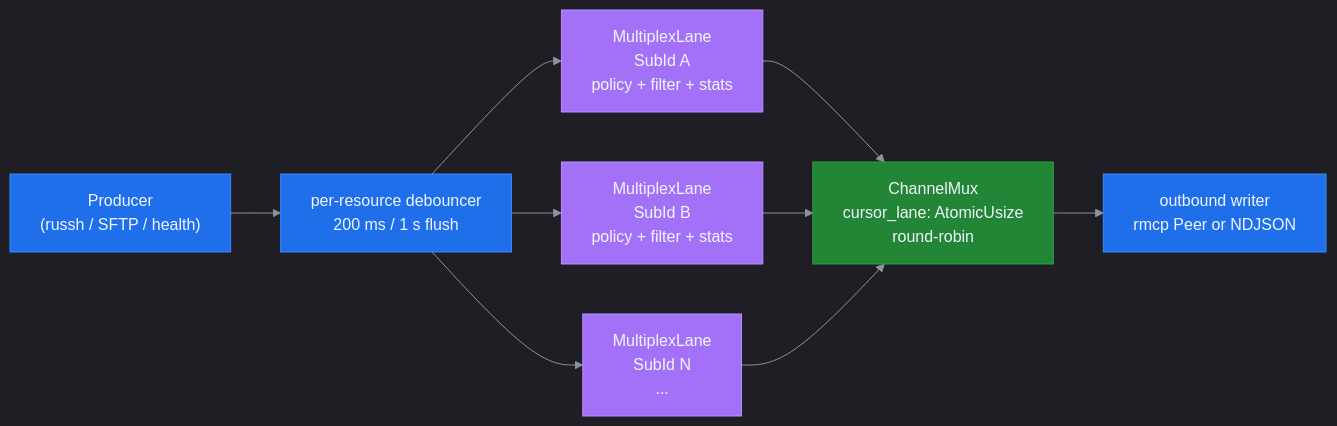
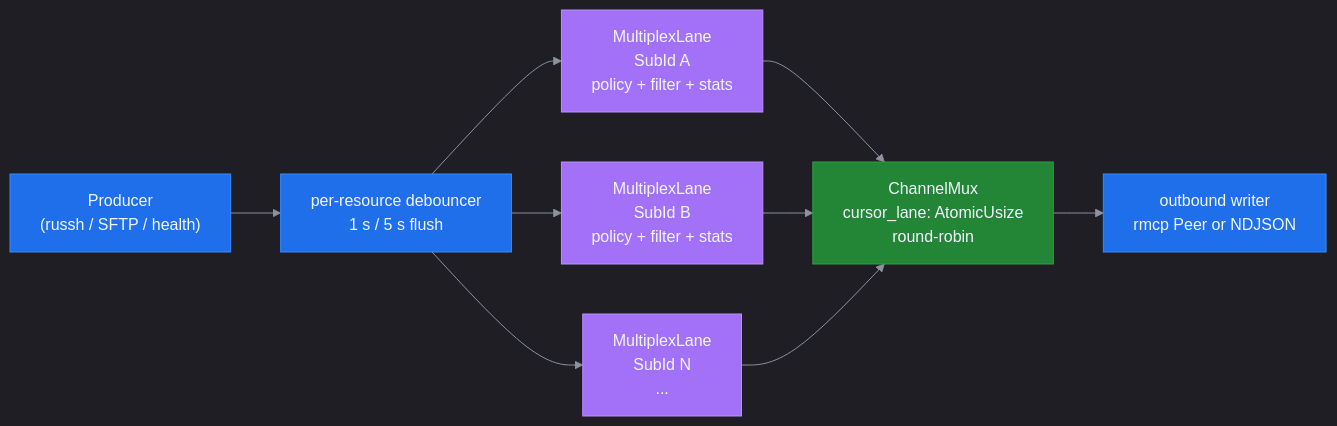
The third of 3 diagrams in CLAUDE.md (farchanjo/ssh-mcp), drawn with Mermaid before and after one commit. The commit also changed other lines of this file and 5 other files, not shown here.

````diff
--- a/CLAUDE.md
+++ b/CLAUDE.md
@@ -129,28 +129,28 @@
 ```mermaid
 %%{init: {'theme':'dark','themeVariables':{'primaryColor':'#1f6feb','primaryTextColor':'#f0f6fc','primaryBorderColor':'#388bfd','lineColor':'#8b949e','secondaryColor':'#161b22','tertiaryColor':'#21262d','background':'#0d1117','mainBkg':'#161b22','secondBkg':'#21262d','tertiaryBkg':'#0d1117','nodeTextColor':'#f0f6fc','edgeLabelBackground':'#21262d','clusterBkg':'#161b22','clusterBorder':'#30363d','titleColor':'#f0f6fc'}}}%%
 flowchart LR
     Producer["Producer<br/>(russh / SFTP / health)"]
-    Debouncer["per-resource debouncer<br/>200 ms / 1 s flush"]
+    Debouncer["per-resource debouncer<br/>1 s / 5 s flush"]
     LaneA["MultiplexLane<br/>SubId A<br/>policy + filter + stats"]
     LaneB["MultiplexLane<br/>SubId B<br/>policy + filter + stats"]
     LaneN["MultiplexLane<br/>SubId N<br/>..."]
     Mux["ChannelMux<br/>cursor_lane: AtomicUsize<br/>round-robin"]
     Out["outbound writer<br/>rmcp Peer or NDJSON"]
 
     Producer --> Debouncer
     Debouncer --> LaneA
     Debouncer --> LaneB
     Debouncer --> LaneN
     LaneA --> Mux
     LaneB --> Mux
     LaneN --> Mux
     Mux --> Out
 
     style Producer fill:#1f6feb,color:#f0f6fc,stroke:#388bfd
     style Debouncer fill:#1f6feb,color:#f0f6fc,stroke:#388bfd
     style LaneA fill:#a371f7,color:#f0f6fc,stroke:#bc8cff
     style LaneB fill:#a371f7,color:#f0f6fc,stroke:#bc8cff
     style LaneN fill:#a371f7,color:#f0f6fc,stroke:#bc8cff
     style Mux fill:#238636,color:#f0f6fc,stroke:#2ea043
     style Out fill:#1f6feb,color:#f0f6fc,stroke:#388bfd
 ```
````
